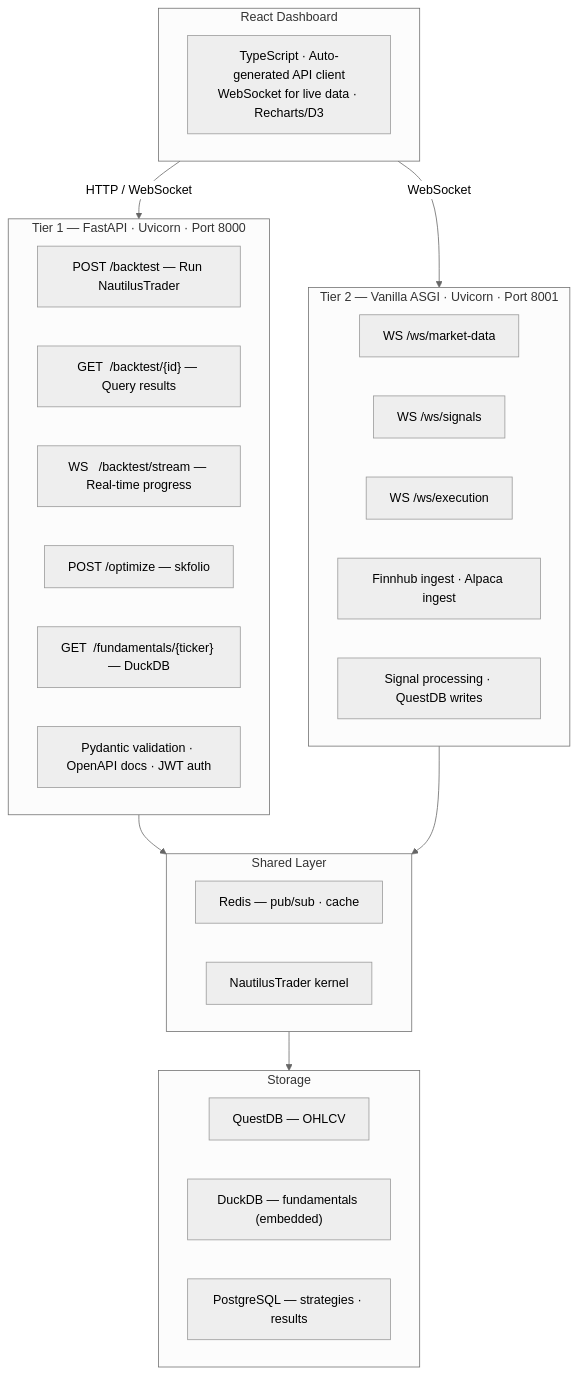
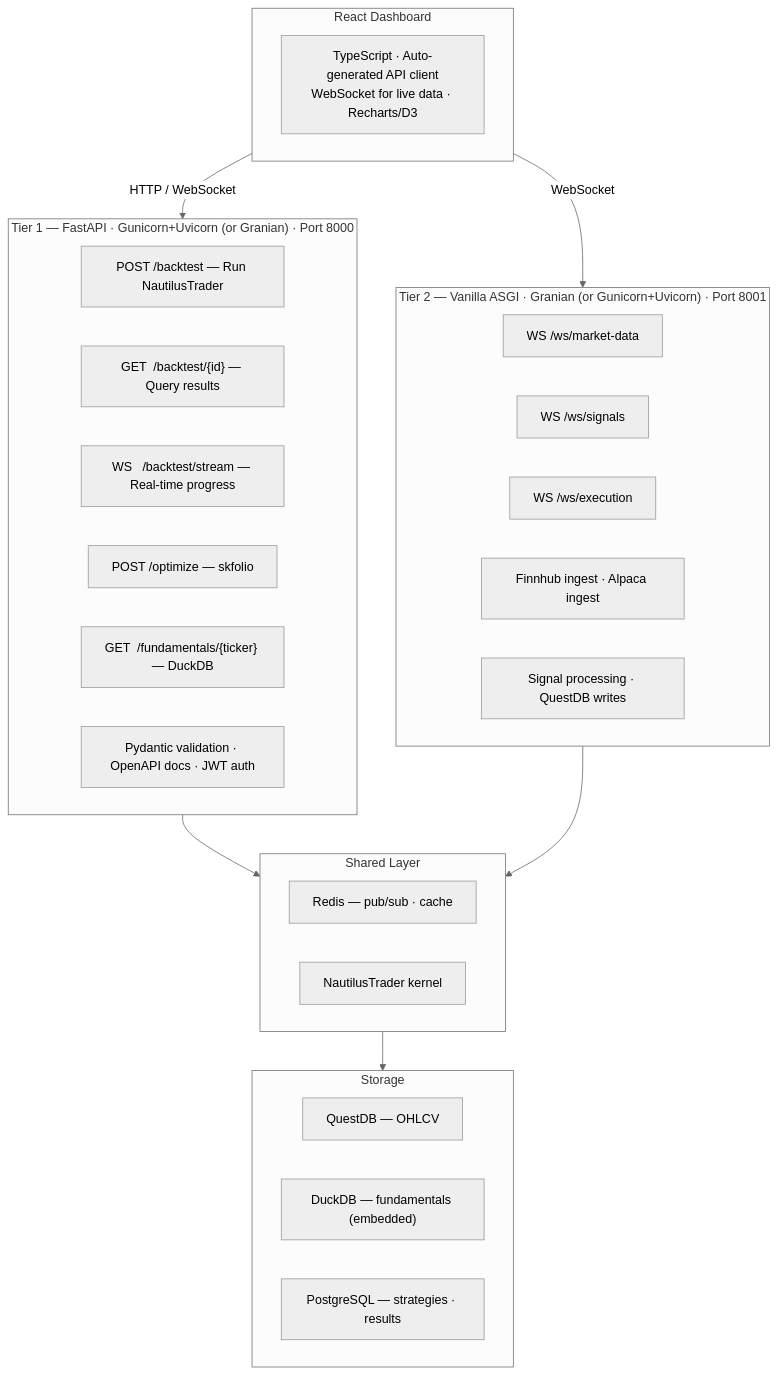
Before and after one commit to huydhoang/quantlens-docs: the second of 2 diagrams in asgi_web_server.md, drawn with Mermaid (neutral theme). The commit also changed other lines of this file, not shown here.

Commit message:
docs: revise asgi_web_server.md based on Extended ASGI Stack benchmark results

````diff
--- a/asgi_web_server.md
+++ b/asgi_web_server.md
@@ -468,42 +538,42 @@
 ```mermaid
 flowchart TD
     subgraph frontend["React Dashboard"]
         FE["TypeScript · Auto-generated API client\nWebSocket for live data · Recharts/D3"]
     end
 
     frontend -->|HTTP / WebSocket| tier1
     frontend -->|WebSocket| tier2
 
-    subgraph tier1["Tier 1 — FastAPI · Uvicorn · Port 8000"]
+    subgraph tier1["Tier 1 — FastAPI · Gunicorn+Uvicorn (or Granian) · Port 8000"]
         T1A["POST /backtest — Run NautilusTrader"]
         T1B["GET  /backtest/&lbrace;id&rbrace; — Query results"]
         T1C["WS   /backtest/stream — Real-time progress"]
         T1D["POST /optimize — skfolio"]
         T1E["GET  /fundamentals/&lbrace;ticker&rbrace; — DuckDB"]
         T1F["Pydantic validation · OpenAPI docs · JWT auth"]
     end
 
-    subgraph tier2["Tier 2 — Vanilla ASGI · Uvicorn · Port 8001"]
+    subgraph tier2["Tier 2 — Vanilla ASGI · Granian (or Gunicorn+Uvicorn) · Port 8001"]
         T2A["WS /ws/market-data"]
         T2B["WS /ws/signals"]
         T2C["WS /ws/execution"]
         T2D["Finnhub ingest · Alpaca ingest"]
         T2E["Signal processing · QuestDB writes"]
     end
 
     tier1 --> shared
     tier2 --> shared
 
     subgraph shared["Shared Layer"]
         SH1["Redis — pub/sub · cache"]
         SH2["NautilusTrader kernel"]
     end
 
     shared --> storage
 
     subgraph storage["Storage"]
         DB1["QuestDB — OHLCV"]
         DB3["DuckDB — fundamentals (embedded)"]
         DB4["PostgreSQL — strategies · results"]
     end
 ```
````
